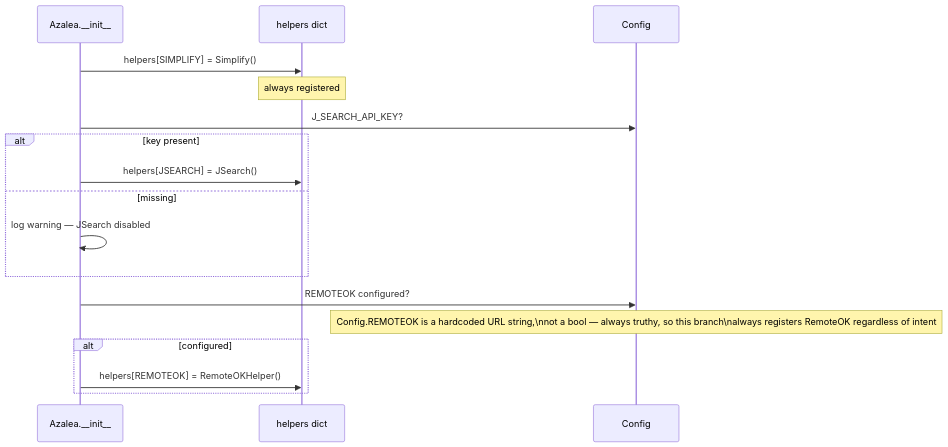
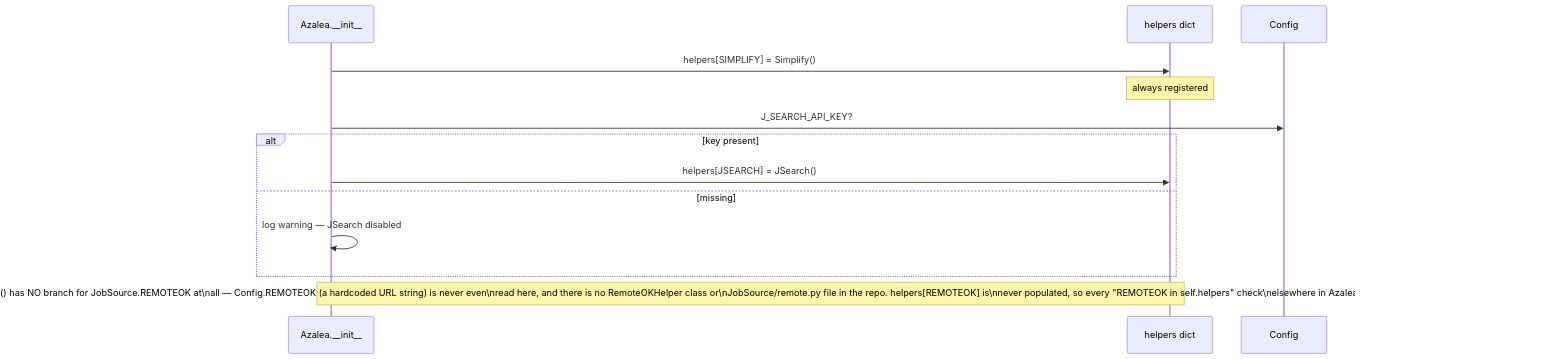
Before and after one commit to AustinDwomoh/libra: the first of 5 diagrams in docs/diagrams/azalea_seq.md, drawn with Mermaid. The commit also changed other lines of this file and 26 other files, not shown here.

````diff
--- a/docs/diagrams/azalea_seq.md
+++ b/docs/diagrams/azalea_seq.md
@@ -1,24 +1,20 @@
 ```mermaid
 %% sequenceDiagram — _init_helpers (conditional source registration)
 sequenceDiagram
     participant Az as Azalea.__init__
     participant H as helpers dict
     participant Cfg as Config
 
     Az->>H: helpers[SIMPLIFY] = Simplify()
     Note over H: always registered
 
     Az->>Cfg: J_SEARCH_API_KEY?
     alt key present
         Az->>H: helpers[JSEARCH] = JSearch()
     else missing
         Az->>Az: log warning — JSearch disabled
     end
 
-    Az->>Cfg: REMOTEOK configured?
-    Note over Cfg: Config.REMOTEOK is a hardcoded URL string,\nnot a bool — always truthy, so this branch\nalways registers RemoteOK regardless of intent
-    alt configured
-        Az->>H: helpers[REMOTEOK] = RemoteOKHelper()
-    end
+    Note over Az,H: _init_helpers() has NO branch for JobSource.REMOTEOK at\nall — Config.REMOTEOK (a hardcoded URL string) is never even\nread here, and there is no RemoteOKHelper class or\nJobSource/remote.py file in the repo. helpers[REMOTEOK] is\nnever populated, so every "REMOTEOK in self.helpers" check\nelsewhere in Azalea is always False and that source is dead code.
 
 ```
````
